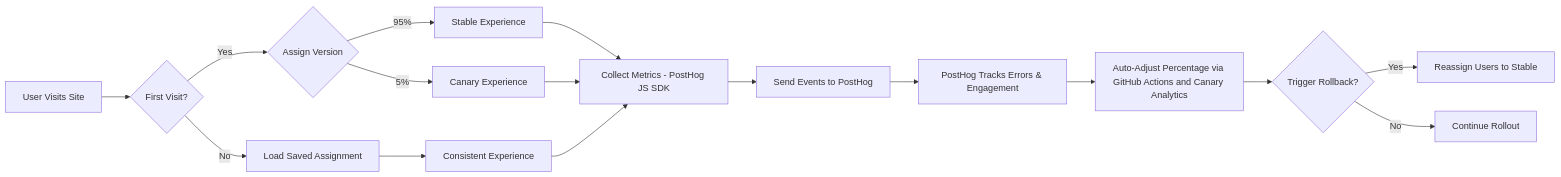
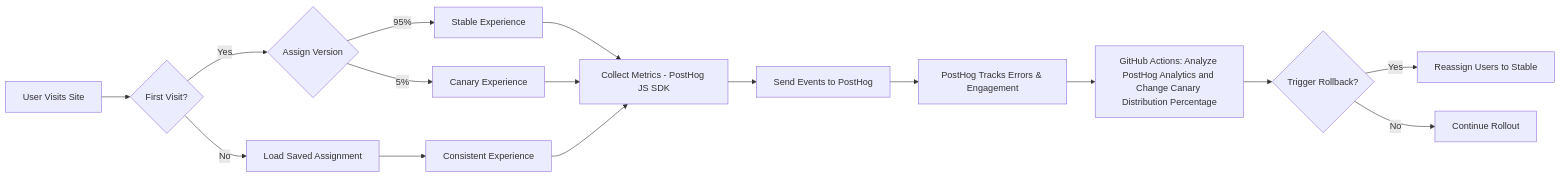
The first of 2 diagrams in README.md (lloydchang/client-side-canary-deployment), drawn with Mermaid before and after one commit.

````diff
--- a/README.md
+++ b/README.md
@@ -17,18 +17,18 @@
 ```mermaid
 graph LR
     A[User Visits Site] --> B{First Visit?}
     B -->|Yes| C{Assign Version}
     B -->|No| D[Load Saved Assignment]
     C -->|95%| E[Stable Experience]
     C -->|5%| F[Canary Experience]
     D --> G[Consistent Experience]
     E --> H["Collect Metrics - PostHog JS SDK"]
     F --> H
     G --> H
     H --> J[Send Events to PostHog]
     J --> K[PostHog Tracks Errors & Engagement]
-    K --> L[Auto-Adjust Percentage via GitHub Actions and Canary Analytics]
+    K --> L[GitHub Actions: Analyze PostHog Analytics and Change Canary Distribution Percentage]
     L --> M{Trigger Rollback?}
     M -->|Yes| N[Reassign Users to Stable]
     M -->|No| O[Continue Rollout]
 ```
````
